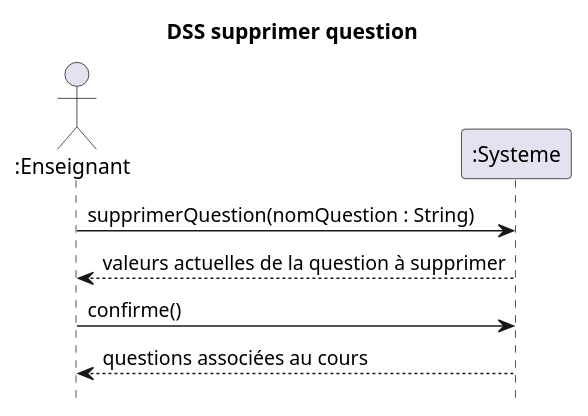
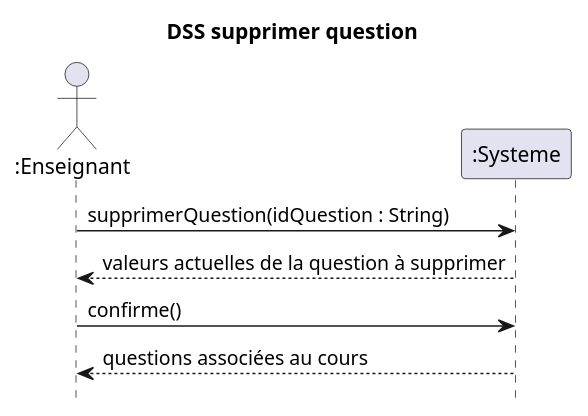
Before and after one commit to nerdz88/SGA-TS: the diagram in docs/DSS/DSS_Supprimer_Question.puml, drawn with PlantUML. The commit also changed 12 other files, not shown here.

```diff
--- a/docs/DSS/DSS_Supprimer_Question.puml
+++ b/docs/DSS/DSS_Supprimer_Question.puml
@@ -1,12 +1,12 @@
 @startuml DSS_Supprimer_Question
 title DSS supprimer question
 hide footbox
 actor ":Enseignant" as professeur
 participant ":Systeme" as systeme
 
-professeur ->  systeme : supprimerQuestion(nomQuestion : String)
+professeur ->  systeme : supprimerQuestion(idQuestion : String)
 professeur <-- systeme : valeurs actuelles de la question à supprimer
 professeur -> systeme : confirme()
 professeur <-- systeme : questions associées au cours
 
 @enduml
```
